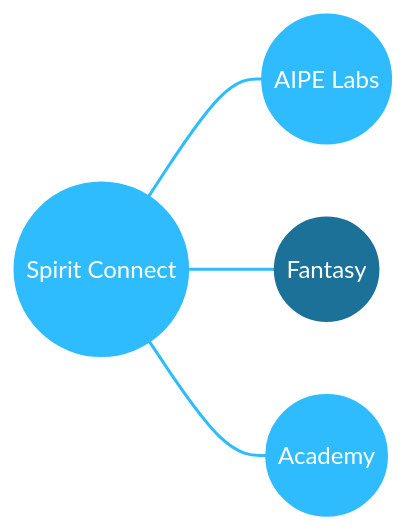
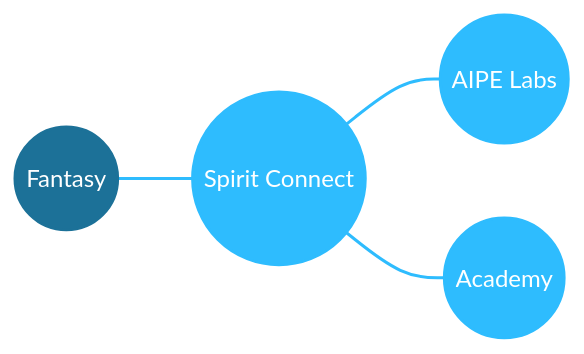
The diagram in README.md (FulongLi/fulongli), drawn with Mermaid before and after one commit. The commit also changed other lines of this file, not shown here.

````diff
--- a/README.md
+++ b/README.md
@@ -19,23 +19,23 @@
 ```mermaid
 flowchart LR
+    FANTASY(("Fantasy"))
     SC(("Spirit Connect"))
     AIPE(("AIPE Labs"))
-    FANTASY(("Fantasy"))
     ACADEMY(("Academy"))
 
+    FANTASY --- SC
     SC --- AIPE
-    SC --- FANTASY
     SC --- ACADEMY
 
     linkStyle 0,1,2 stroke:#2EBCFE,stroke-width:2px;
 
     classDef brand fill:#2EBCFE,stroke:#2EBCFE,stroke-width:2px,color:#ffffff;
     classDef lab fill:#2EBCFE,stroke:#2EBCFE,stroke-width:2px,color:#ffffff;
     classDef story fill:#1C7198,stroke:#1C7198,stroke-width:2px,color:#ffffff;
     classDef academy fill:#2EBCFE,stroke:#2EBCFE,stroke-width:2px,color:#ffffff;
 
     class SC brand;
     class AIPE lab;
     class FANTASY story;
     class ACADEMY academy;
 ```
````
